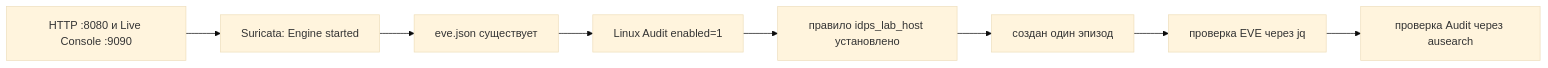
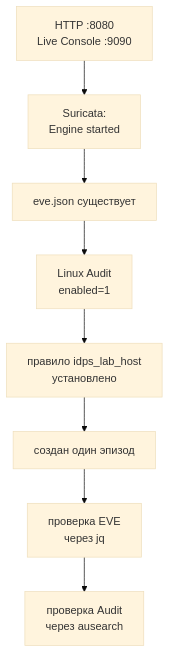
Before and after one commit to 11ndra/spvo: the second of 2 diagrams in docs/labs/lab02/index.md, drawn with Mermaid (base theme). The commit also changed 1 other file, not shown here.

Commit message:
minor fixes

````diff
--- a/docs/labs/lab02/index.md
+++ b/docs/labs/lab02/index.md
@@ -240,10 +240,10 @@
 ```mermaid
-flowchart LR
-    A["HTTP :8080 и Live Console :9090"] --> B["Suricata: Engine started"]
+flowchart TB
+    A["HTTP :8080<br/>Live Console :9090"] --> B["Suricata:<br/>Engine started"]
     B --> C["eve.json существует"]
-    C --> D["Linux Audit enabled=1"]
-    D --> E["правило idps_lab_host установлено"]
+    C --> D["Linux Audit<br/>enabled=1"]
+    D --> E["правило idps_lab_host<br/>установлено"]
     E --> F["создан один эпизод"]
-    F --> G["проверка EVE через jq"]
-    G --> H["проверка Audit через ausearch"]
+    F --> G["проверка EVE<br/>через jq"]
+    G --> H["проверка Audit<br/>через ausearch"]
 ```
````
